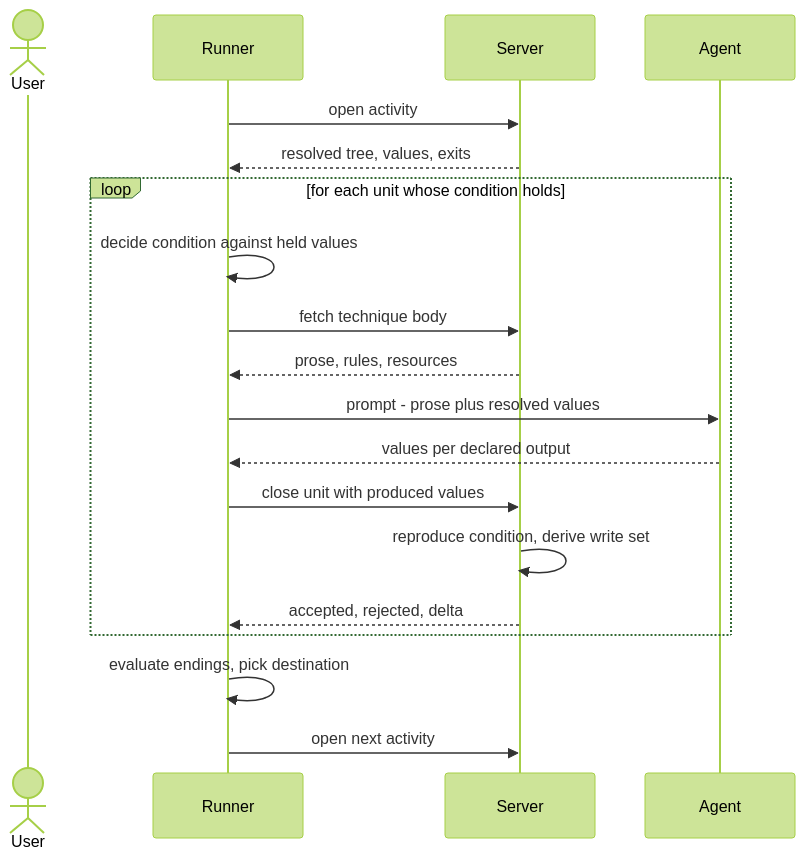
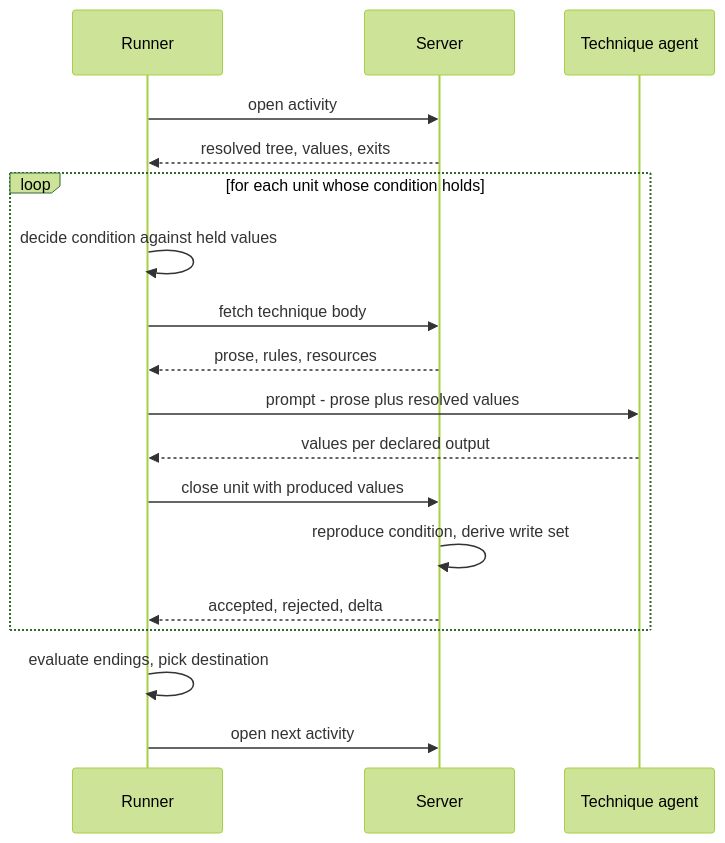
Before and after one commit to m2ux/workflow-server: the ninth of 14 diagrams in artifacts/planning/2026-08-28-runner-execution-protocol/README.md, drawn with Mermaid (forest theme). The commit also changed other lines of this file, not shown here.

First line of the commit message:
Reconcile the diagrams with the prose they illustrate

````diff
--- a/artifacts/planning/2026-08-28-runner-execution-protocol/README.md
+++ b/artifacts/planning/2026-08-28-runner-execution-protocol/README.md
@@ -585,22 +611,21 @@
 ```mermaid
 sequenceDiagram
-    actor U as User
     participant R as Runner
     participant S as Server
-    participant A as Agent
+    participant A as Technique agent
 
     R->>S: open activity
     S-->>R: resolved tree, values, exits
     loop for each unit whose condition holds
         R->>R: decide condition against held values
         R->>S: fetch technique body
         S-->>R: prose, rules, resources
         R->>A: prompt - prose plus resolved values
         A-->>R: values per declared output
         R->>S: close unit with produced values
         S->>S: reproduce condition, derive write set
         S-->>R: accepted, rejected, delta
     end
     R->>R: evaluate endings, pick destination
     R->>S: open next activity
 ```
````
